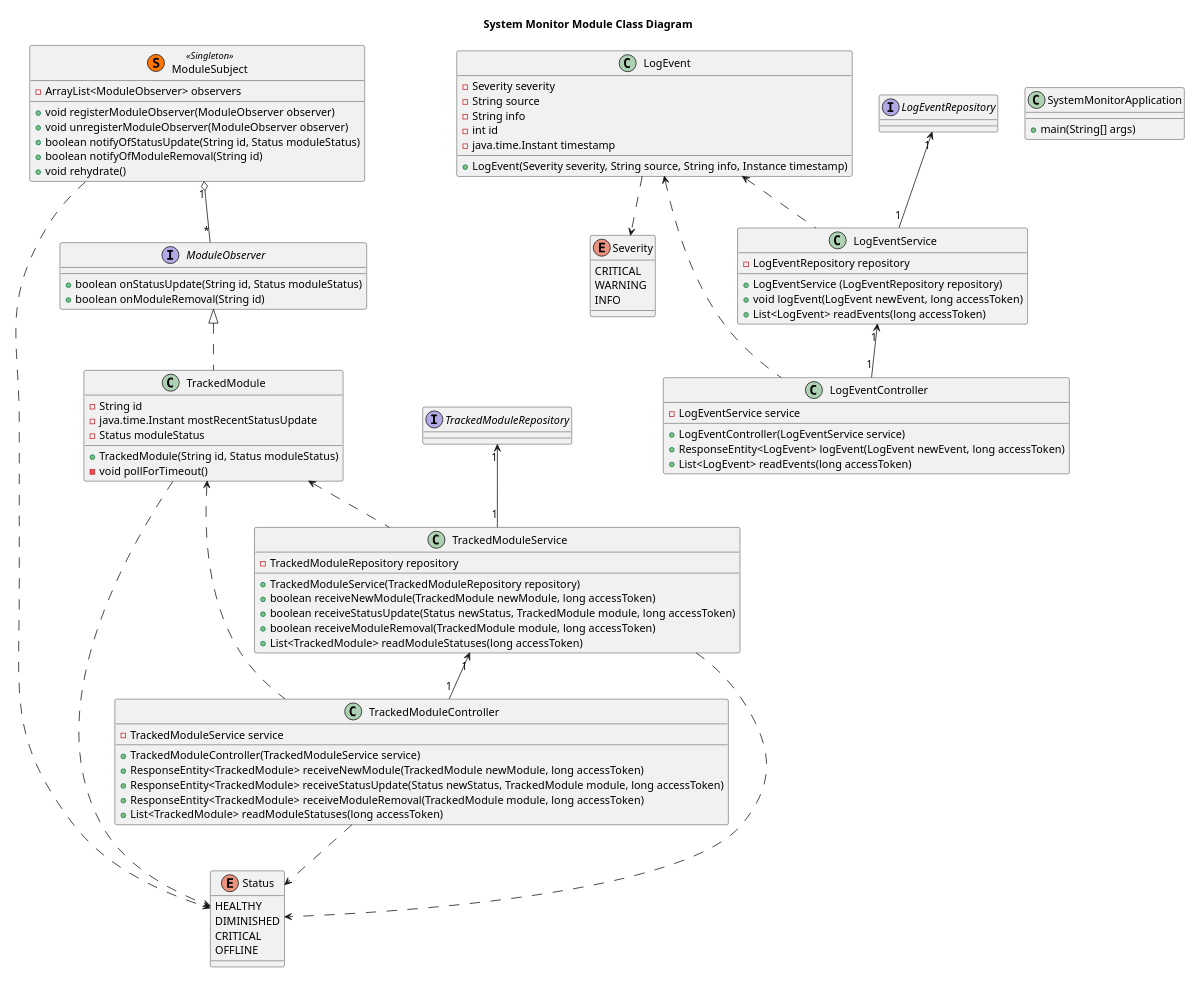
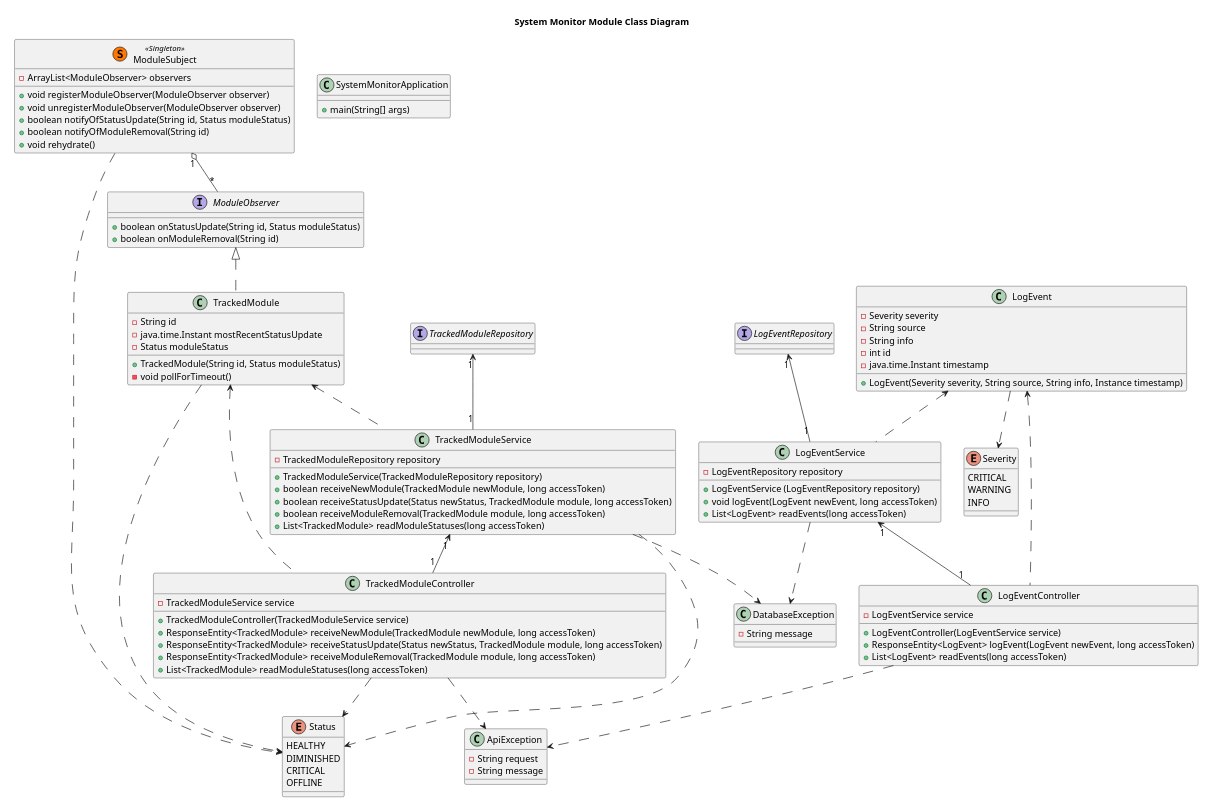
The fifth of 17 diagrams in cscie97/asn5/design.md (erikorlowski/cscie97), drawn with PlantUML before and after one commit. The commit also changed other lines of this file, not shown here.

Commit message:
Adding exception handling

````diff
--- a/cscie97/asn5/design.md
+++ b/cscie97/asn5/design.md
@@ -716,5 +716,20 @@
     INFO
 }
 
+class DatabaseException {
+    - String message
+}
+
+TrackedModuleService ..> DatabaseException
+LogEventService ..> DatabaseException
+
+class ApiException {
+    - String request
+    - String message
+}
+
+TrackedModuleController ..> ApiException
+LogEventController ..> ApiException
+
 @enduml
 ```
````
